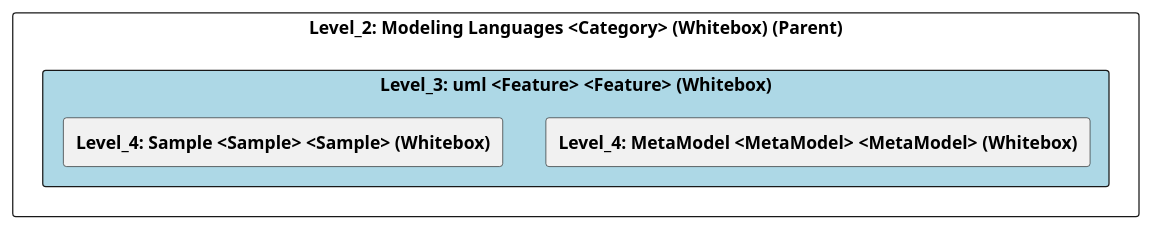
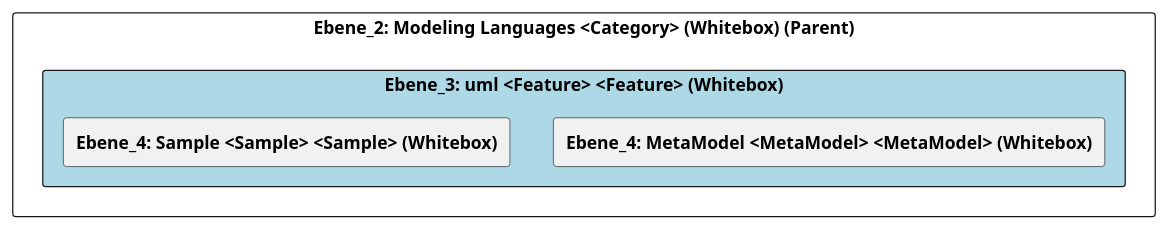
Before and after one commit to marcozwyssig/cleon: the diagram in doc/cleonproject_deliverables_architecture_model_architecture/adoc/de/05_bausteinsicht/cleon/modeling_languages/uml/ebene_3_uml.adoc, drawn with PlantUML. The commit also changed other lines of this file and 258 other files, not shown here.

```diff
--- a/doc/cleonproject_deliverables_architecture_model_architecture/adoc/de/05_bausteinsicht/cleon/modeling_languages/uml/ebene_3_uml.adoc
+++ b/doc/cleonproject_deliverables_architecture_model_architecture/adoc/de/05_bausteinsicht/cleon/modeling_languages/uml/ebene_3_uml.adoc
@@ -24,25 +24,25 @@
-[plantuml, Level_3: uml <Feature> <Feature> (Whitebox)BlockOverview, format="svg"]
+[plantuml, Ebene_3: uml <Feature> <Feature> (Whitebox)BlockOverview, format="svg"]
 ----
-@startuml Level_3: uml <Feature> <Feature> (Whitebox)BuildingBlockOverview
+@startuml Ebene_3: uml <Feature> <Feature> (Whitebox)BuildingBlockOverview
 
 skinparam ranksep 10
 skinparam componentStyle rectangle
 skinparam shadowing false
 skinparam arrowColor lightblue
 skinparam arrowThickness 1.2
 skinparam rectangle {
   BackgroundColor White
   BorderColor #333
   RoundCorner 10
 }
 top to bottom direction
 
-component "Level_2: Modeling Languages <Category> (Whitebox) (Parent)" {
-    component "Level_3: uml <Feature> <Feature> (Whitebox)" #lightblue {
-        [**Level_4: MetaModel <MetaModel> <MetaModel> (Whitebox)**] as 4A56DE3E_D579_11EE_903E_9F564E4DE07E
-        [**Level_4: Sample <Sample> <Sample> (Whitebox)**] as 5CCD92AB_DE54_11EF_81C7_3391F050ADDB
+component "Ebene_2: Modeling Languages <Category> (Whitebox) (Parent)" {
+    component "Ebene_3: uml <Feature> <Feature> (Whitebox)" #lightblue {
+        [**Ebene_4: MetaModel <MetaModel> <MetaModel> (Whitebox)**] as 4A56DE3E_D579_11EE_903E_9F564E4DE07E
+        [**Ebene_4: Sample <Sample> <Sample> (Whitebox)**] as 5CCD92AB_DE54_11EF_81C7_3391F050ADDB
     }
 }
 
 @enduml
 ----
```
